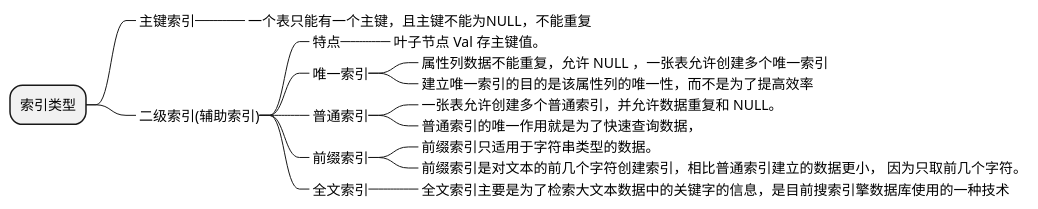
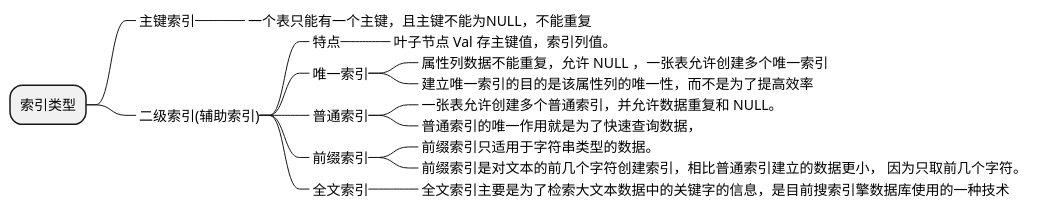
Before and after one commit to yayaa-uuu/study: the seventh of 16 diagrams in 面试/数据库/mysql/mysql.md, drawn with PlantUML. The commit also changed other lines of this file, not shown here.

````diff
--- a/面试/数据库/mysql/mysql.md
+++ b/面试/数据库/mysql/mysql.md
@@ -96,23 +113,23 @@
 ```plantuml
 @startmindmap
 * 索引类型
 **_ 主键索引
 ***_ 一个表只能有一个主键，且主键不能为NULL，不能重复
 **_ 二级索引(辅助索引)
 ***_ 特点
-****_ 叶子节点 Val 存主键值。
+****_ 叶子节点 Val 存主键值，索引列值。
 ***_ 唯一索引
 ****_ 属性列数据不能重复，允许 NULL ，一张表允许创建多个唯一索引
 ****_ 建立唯一索引的目的是该属性列的唯一性，而不是为了提高效率
 ***_ 普通索引
 ****_ 一张表允许创建多个普通索引，并允许数据重复和 NULL。
 ****_ 普通索引的唯一作用就是为了快速查询数据，
 ***_ 前缀索引
 ****_ 前缀索引只适用于字符串类型的数据。
 ****_ 前缀索引是对文本的前几个字符创建索引，相比普通索引建立的数据更小， 因为只取前几个字符。
 
 ***_ 全文索引
 ****_ 全文索引主要是为了检索大文本数据中的关键字的信息，是目前搜索引擎数据库使用的一种技术
 
 @endmindmap
 ```
````
